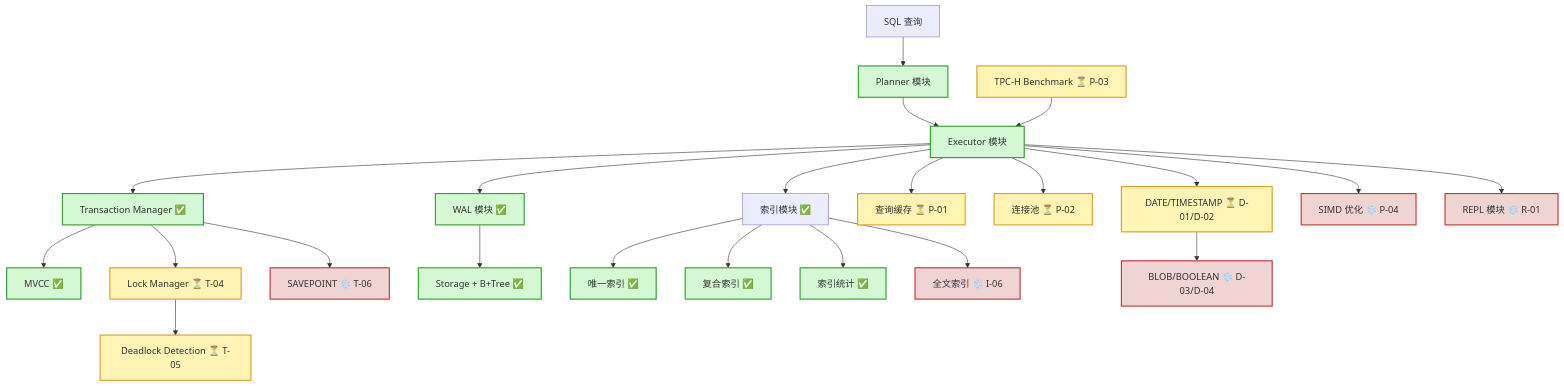
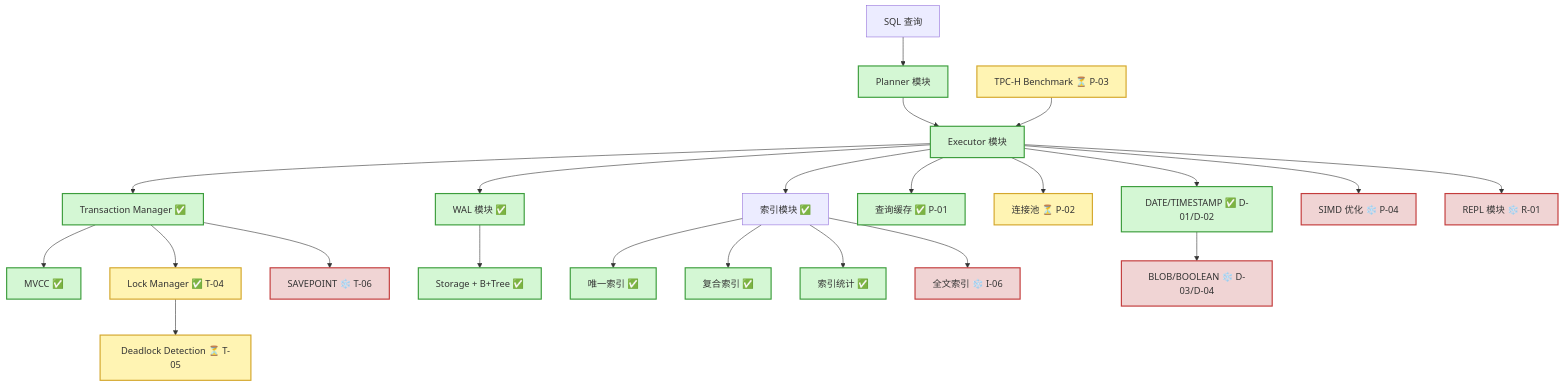
The first of 2 diagrams in docs/releases/v1.6.0/v1.6.0_design.md (yinglichina8848/sqlrustgo), drawn with Mermaid before and after one commit. The commit also changed other lines of this file and 4 other files, not shown here.

````diff
--- a/docs/releases/v1.6.0/v1.6.0_design.md
+++ b/docs/releases/v1.6.0/v1.6.0_design.md
@@ -22,44 +22,44 @@
 ```mermaid
 graph TD
     %% 核心执行流程
     SQL["SQL 查询"] --> Planner["Planner 模块"]
     Planner --> Executor["Executor 模块"]
     Executor --> TxMgr["Transaction Manager ✅"]
     TxMgr --> MVCC["MVCC ✅"]
-    TxMgr --> LockMgr["Lock Manager ⏳ T-04"]
+    TxMgr --> LockMgr["Lock Manager ✅ T-04"]
     LockMgr --> Deadlock["Deadlock Detection ⏳ T-05"]
     Executor --> WAL["WAL 模块 ✅"]
     Executor --> Index["索引模块 ✅"]
     
     %% 索引模块
     Index --> UniqueIdx["唯一索引 ✅"]
     Index --> CompIdx["复合索引 ✅"]
     Index --> Stats["索引统计 ✅"]
     
     %% 性能模块
-    Executor --> Cache["查询缓存 ⏳ P-01"]
+    Executor --> Cache["查询缓存 ✅ P-01"]
     Executor --> ConnPool["连接池 ⏳ P-02"]
     Benchmark["TPC-H Benchmark ⏳ P-03"] --> Executor
     
     %% 数据类型模块
-    Executor --> DateType["DATE/TIMESTAMP ⏳ D-01/D-02"]
+    Executor --> DateType["DATE/TIMESTAMP ✅ D-01/D-02"]
     
     %% Storage
     WAL --> Storage["Storage + B+Tree ✅"]
     
     %% 未来功能 v1.7
     TxMgr --> Savepoint["SAVEPOINT ❄️ T-06"]
     Index --> Fulltext["全文索引 ❄️ I-06"]
     Executor --> SIMD["SIMD 优化 ❄️ P-04"]
     DateType --> BlobBool["BLOB/BOOLEAN ❄️ D-03/D-04"]
     Executor --> REPL["REPL 模块 ❄️ R-01"]
 
     %% 样式
     classDef done fill:#d4f7d4,stroke:#3c9d3c,stroke-width:2px;
     classDef todo fill:#fff4b3,stroke:#d4a72c,stroke-width:2px;
     classDef future fill:#f0d4d4,stroke:#c33c3c,stroke-width:2px;
     
-    class Planner,Executor,TxMgr,MVCC,WAL,Storage,UniqueIdx,CompIdx,Stats done;
-    class LockMgr,Deadlock,Cache,ConnPool,Benchmark,DateType todo;
+    class Planner,Executor,TxMgr,MVCC,WAL,Storage,UniqueIdx,CompIdx,Stats,Cache,DateType done;
+    class LockMgr,Deadlock,ConnPool,Benchmark todo;
     class Savepoint,Fulltext,SIMD,BlobBool,REPL future;
 ```
````
